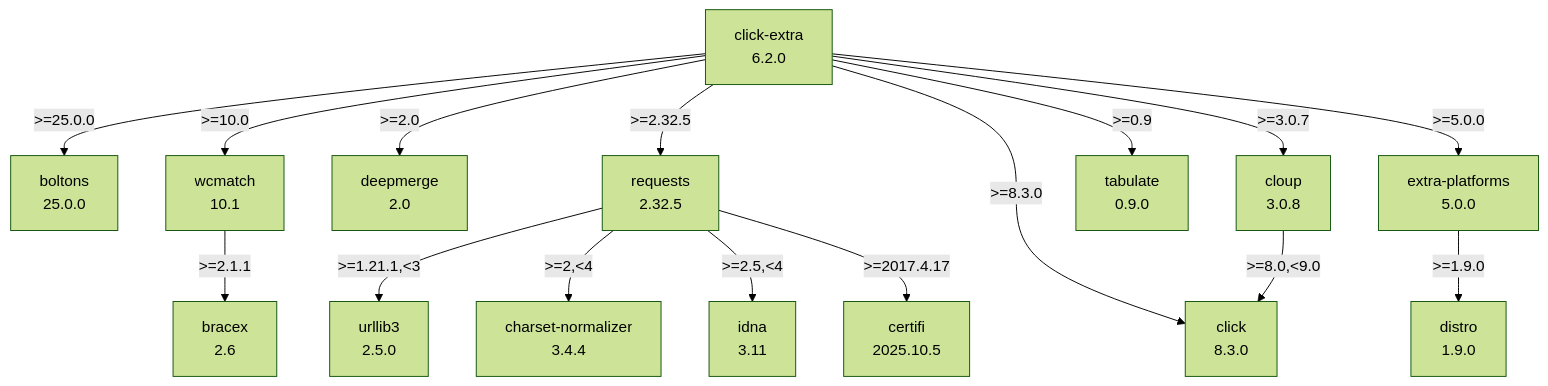
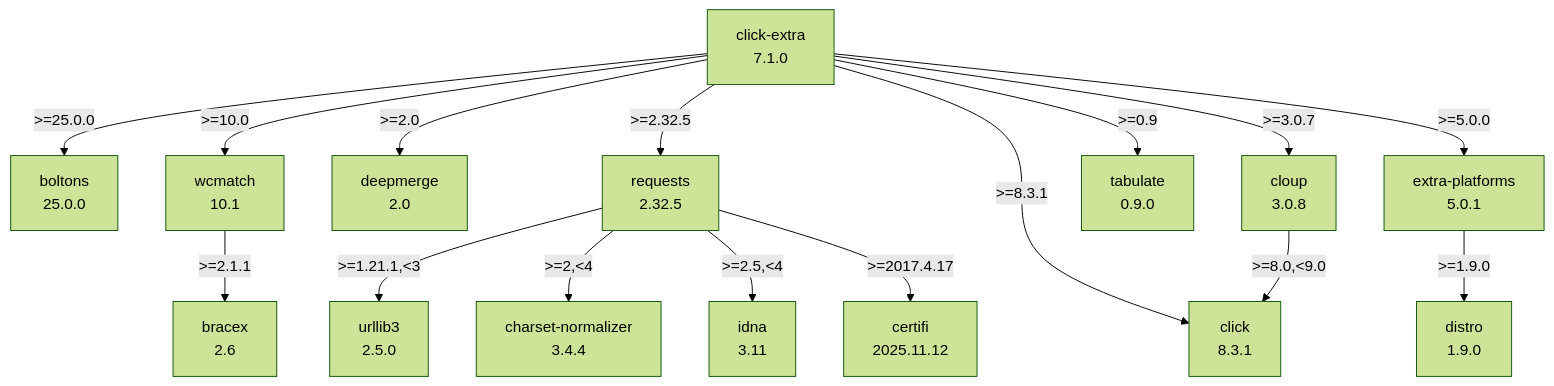
The diagram in docs/assets/dependencies.mmd (kdeldycke/click-extra), drawn with Mermaid (forest theme) before and after one commit.

Commit message:
[autofix] Regenerate dependency graph

```diff
--- a/docs/assets/dependencies.mmd
+++ b/docs/assets/dependencies.mmd
@@ -1,32 +1,32 @@
 flowchart TD
     classDef missing stroke-dasharray: 5
     boltons["boltons\n25.0.0"]
     bracex["bracex\n2.6"]
-    certifi["certifi\n2025.10.5"]
+    certifi["certifi\n2025.11.12"]
     charset-normalizer["charset-normalizer\n3.4.4"]
-    click-extra["click-extra\n6.2.0"]
-    click_0["click\n8.3.0"]
+    click-extra["click-extra\n7.1.0"]
+    click_0["click\n8.3.1"]
     cloup["cloup\n3.0.8"]
     deepmerge["deepmerge\n2.0"]
     distro["distro\n1.9.0"]
-    extra-platforms["extra-platforms\n5.0.0"]
+    extra-platforms["extra-platforms\n5.0.1"]
     idna["idna\n3.11"]
     requests["requests\n2.32.5"]
     tabulate["tabulate\n0.9.0"]
     urllib3["urllib3\n2.5.0"]
     wcmatch["wcmatch\n10.1"]
     click-extra -- ">=0.9" --> tabulate
     click-extra -- ">=10.0" --> wcmatch
     click-extra -- ">=2.0" --> deepmerge
     click-extra -- ">=2.32.5" --> requests
     click-extra -- ">=25.0.0" --> boltons
     click-extra -- ">=3.0.7" --> cloup
     click-extra -- ">=5.0.0" --> extra-platforms
-    click-extra -- ">=8.3.0" --> click_0
+    click-extra -- ">=8.3.1" --> click_0
     cloup -- ">=8.0,<9.0" --> click_0
     extra-platforms -- ">=1.9.0" --> distro
     requests -- ">=1.21.1,<3" --> urllib3
     requests -- ">=2,<4" --> charset-normalizer
     requests -- ">=2.5,<4" --> idna
     requests -- ">=2017.4.17" --> certifi
     wcmatch -- ">=2.1.1" --> bracex
```
